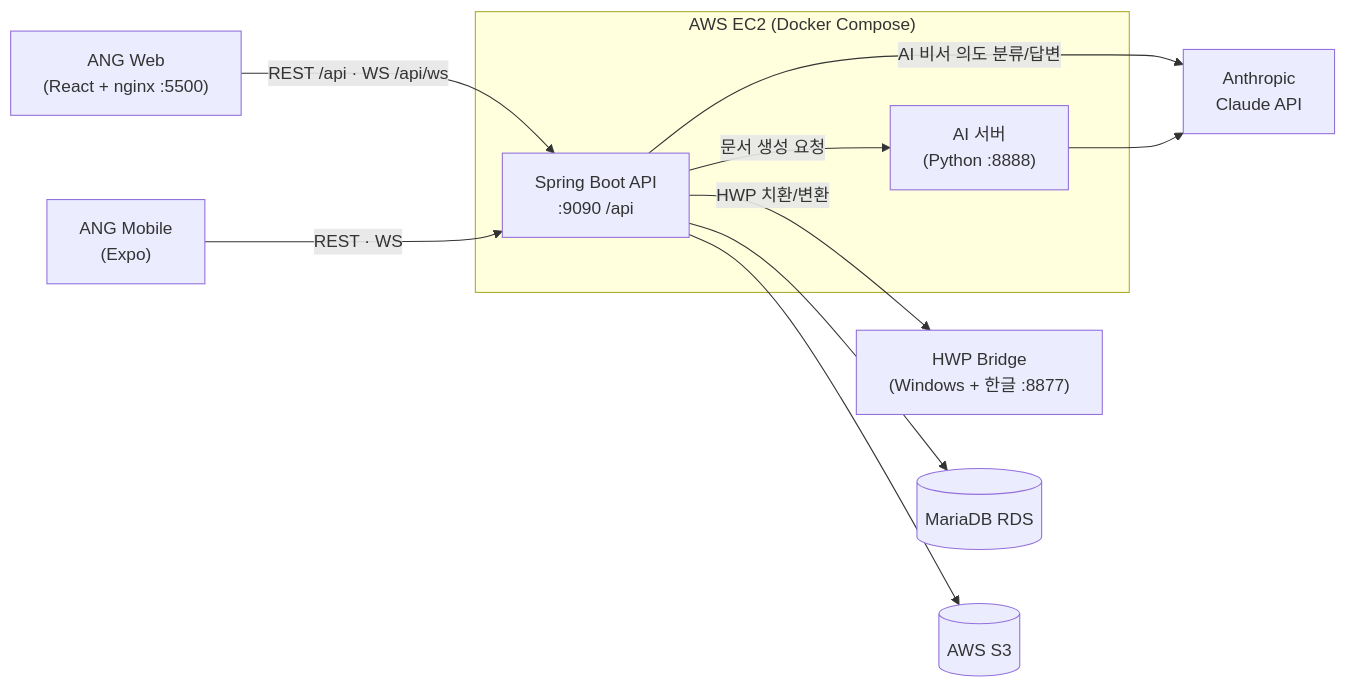
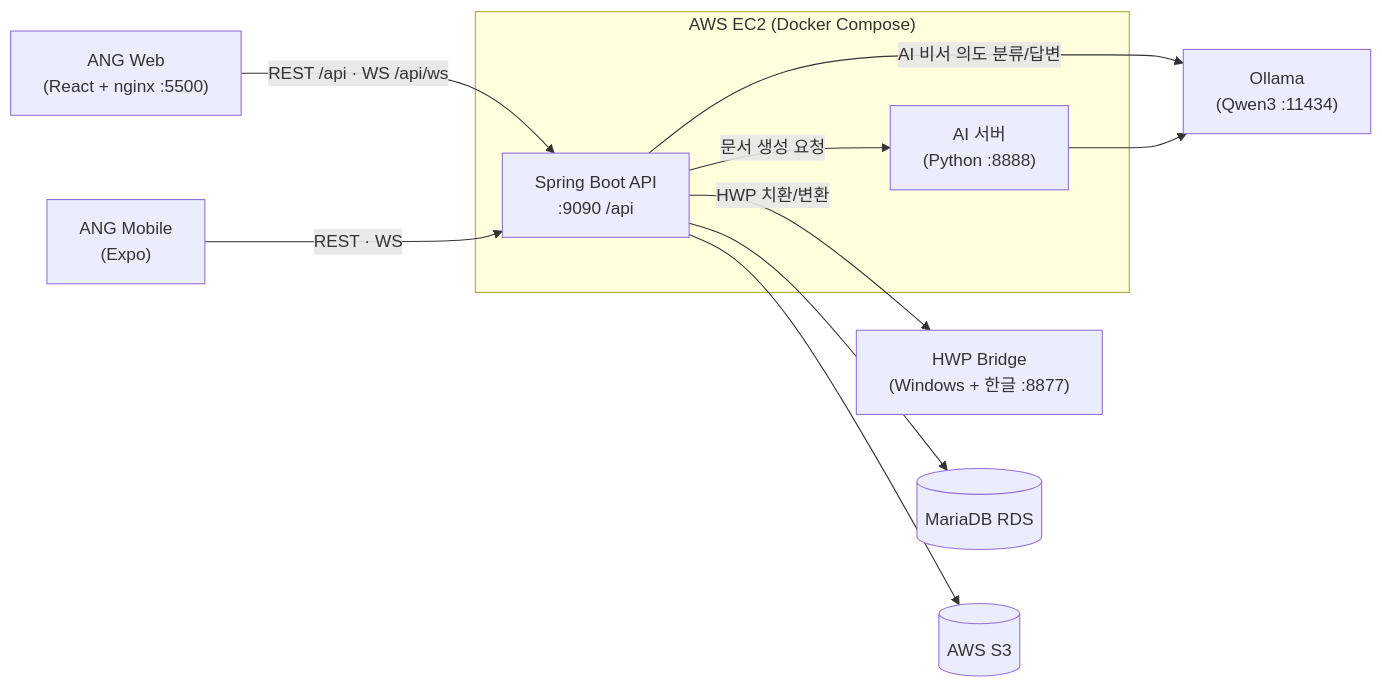
Before and after one commit to Sua-su/ANG-Capstone: the diagram in README.md, drawn with Mermaid. The commit also changed other lines of this file, not shown here.

First line of the commit message:
docs: README의 AI 구성을 Qwen3 + Ollama 기준으로 변경 (#217)

````diff
--- a/README.md
+++ b/README.md
@@ -70,24 +70,24 @@
 ```mermaid
 flowchart LR
     Web["ANG Web<br/>(React + nginx :5500)"]
     App["ANG Mobile<br/>(Expo)"]
 
     subgraph EC2["AWS EC2 (Docker Compose)"]
         Boot["Spring Boot API<br/>:9090 /api"]
         AI["AI 서버<br/>(Python :8888)"]
     end
 
     Hwp["HWP Bridge<br/>(Windows + 한글 :8877)"]
-    Claude["Anthropic<br/>Claude API"]
+    Ollama["Ollama<br/>(Qwen3 :11434)"]
     DB[("MariaDB RDS")]
     S3[("AWS S3")]
 
     Web -- "REST /api · WS /api/ws" --> Boot
     App -- "REST · WS" --> Boot
     Boot --> DB
     Boot --> S3
     Boot -- "문서 생성 요청" --> AI
-    Boot -- "AI 비서 의도 분류/답변" --> Claude
-    AI --> Claude
+    Boot -- "AI 비서 의도 분류/답변" --> Ollama
+    AI --> Ollama
     Boot -- "HWP 치환/변환" --> Hwp
 ```
````
